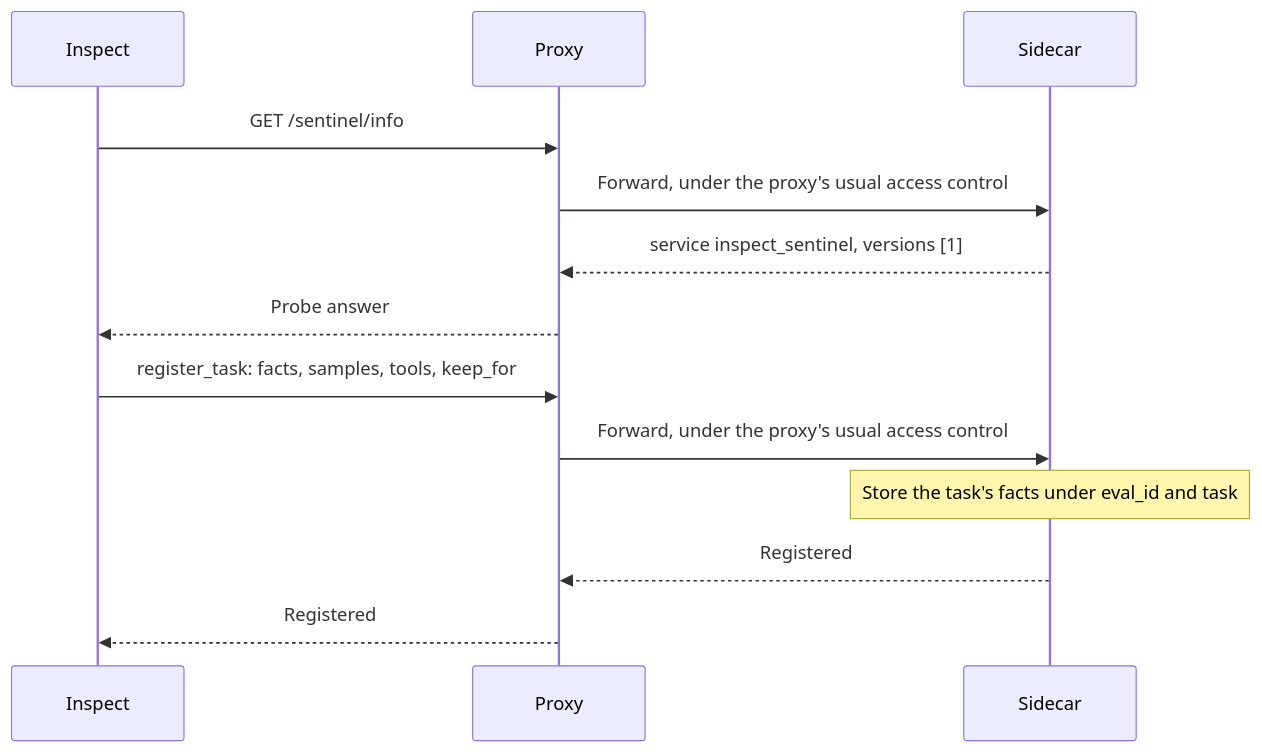
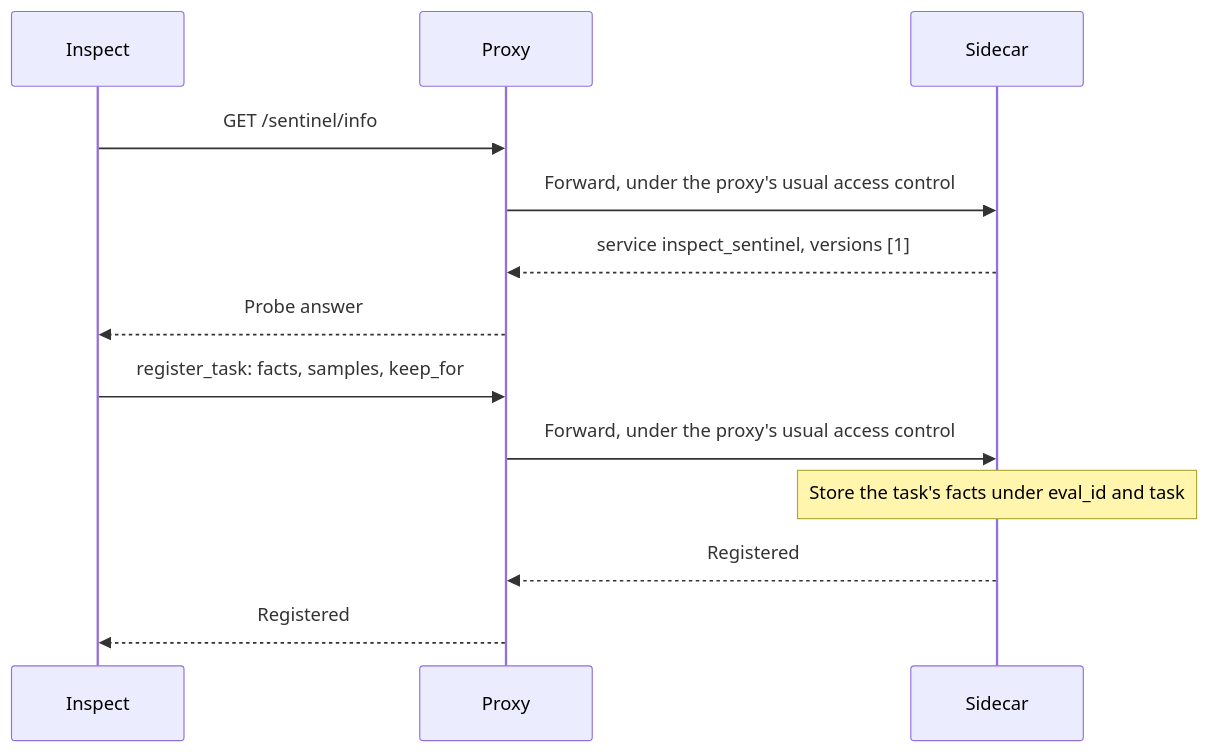
One commit to meridianlabs-ai/inspect_sentinel changed the second of 9 diagrams in design/sidecar.md. Above: the diagram before and after it, drawn with Mermaid. The commit also changed other lines of this file and 1 other file, not shown here.

First line of the commit message:
design: admins register tasks in a tasks file; Inspect registers by default

````diff
--- a/design/sidecar.md
+++ b/design/sidecar.md
@@ -446,15 +479,15 @@
 ```mermaid
 sequenceDiagram
     participant I as Inspect
     participant P as Proxy
     participant S as Sidecar
     I->>P: GET /sentinel/info
     P->>S: Forward, under the proxy's usual access control
     S-->>P: service inspect_sentinel, versions [1]
     P-->>I: Probe answer
-    I->>P: register_task: facts, samples, tools, keep_for
+    I->>P: register_task: facts, samples, keep_for
     P->>S: Forward, under the proxy's usual access control
     Note over S: Store the task's facts under eval_id and task
     S-->>P: Registered
     P-->>I: Registered
 ```
````
